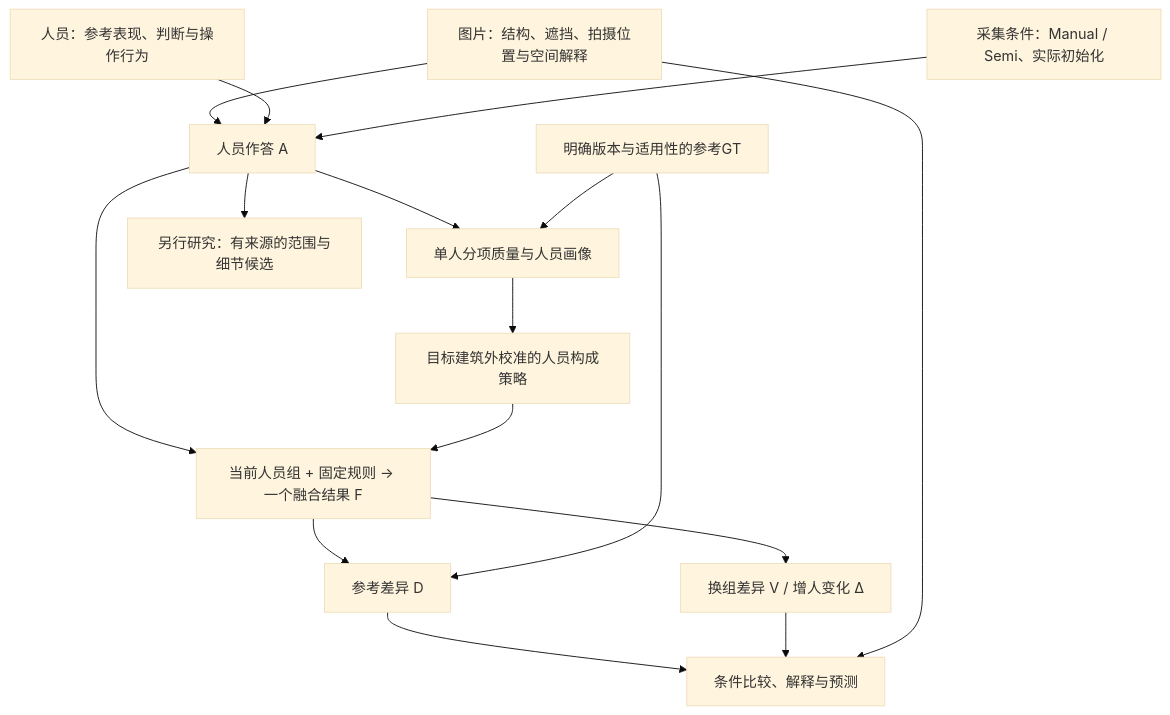
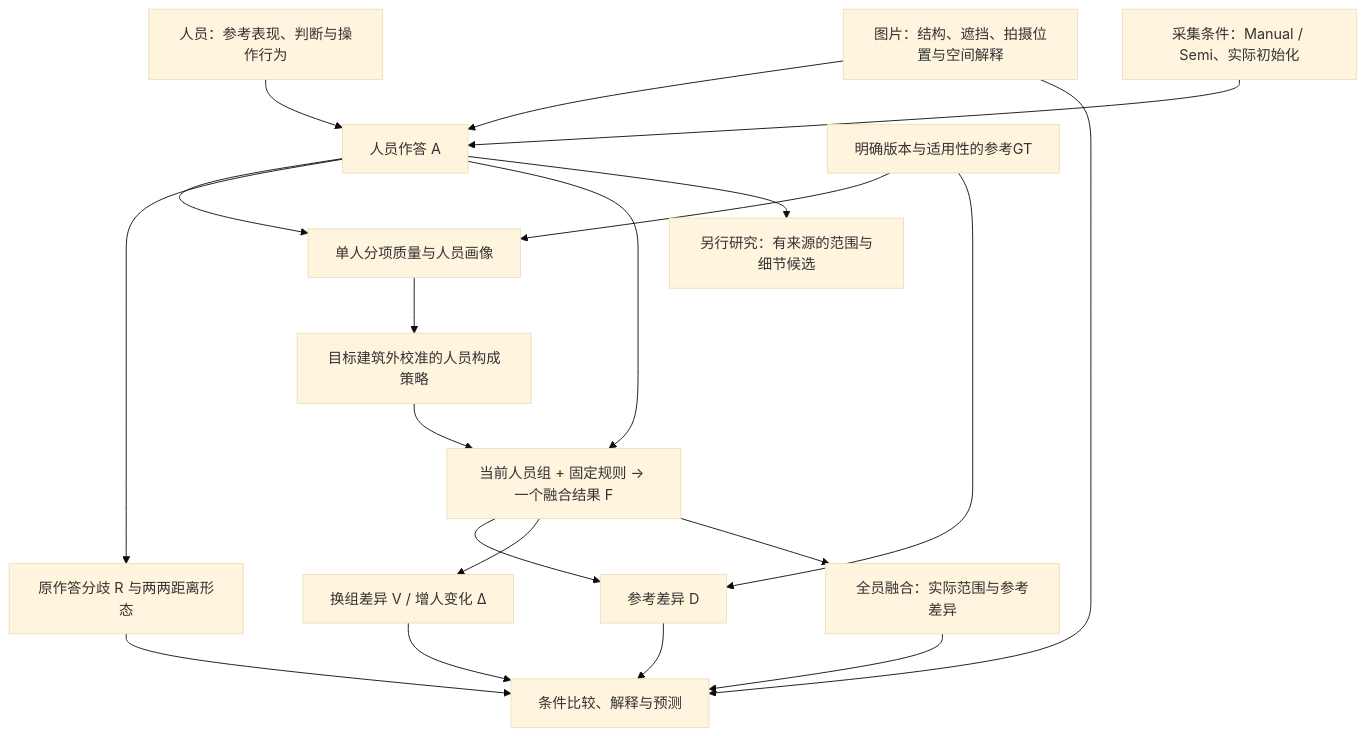
One commit to Sparkling-Flames/3D_Manhattan_label changed the diagram in docs/thesis_main/研究模型_人员图片与融合不确定性_20261006.md. Above: the diagram before and after it, drawn with Mermaid (base theme). The commit also changed other lines of this file and 38 other files, not shown here.

````diff
--- a/docs/thesis_main/研究模型_人员图片与融合不确定性_20261006.md
+++ b/docs/thesis_main/研究模型_人员图片与融合不确定性_20261006.md
@@ -21,18 +27,22 @@
 ```mermaid
 flowchart TD
     I[图片：结构、遮挡、拍摄位置与空间解释] --> A[人员作答 A]
     W[人员：参考表现、判断与操作行为] --> A
     C[采集条件：Manual / Semi、实际初始化] --> A
     A --> E[单人分项质量与人员画像]
+    A --> WDIFF[原作答分歧 R 与两两距离形态]
     G[明确版本与适用性的参考GT] --> E
     A --> F[当前人员组 + 固定规则 → 一个融合结果 F]
     E --> P[目标建筑外校准的人员构成策略]
     P --> F
     F --> D[参考差异 D]
     G --> D
     F --> V[换组差异 V / 增人变化 Δ]
+    F --> ALL[全员融合：实际范围与参考差异]
     A --> K[另行研究：有来源的范围与细节候选]
     D --> R[条件比较、解释与预测]
     V --> R
+    WDIFF --> R
+    ALL --> R
     I --> R
 ```
````
